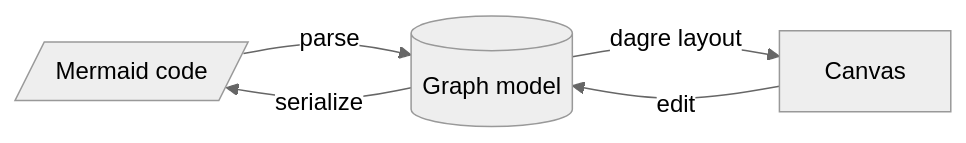
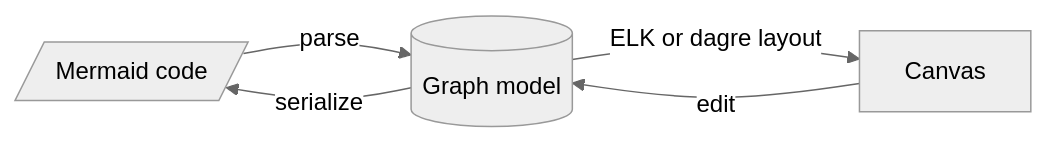
One commit to dellambrogio/merbutler changed the first of 2 diagrams in README.md. Above: the diagram before and after it, drawn with Mermaid (neutral theme). The commit also changed other lines of this file and 18 other files, not shown here.

First line of the commit message:
Lay out with ELK like Mermaid 12, and draw Mermaid themes and looks

````diff
--- a/README.md
+++ b/README.md
@@ -22,7 +22,7 @@
 ```mermaid
 flowchart LR
   code[/"Mermaid code"/] -- parse --> model[(Graph model)]
   model -- serialize --> code
-  model -- dagre layout --> canvas["Canvas"]
+  model -- "ELK or dagre layout" --> canvas["Canvas"]
   canvas -- edit --> model
 ```
````
